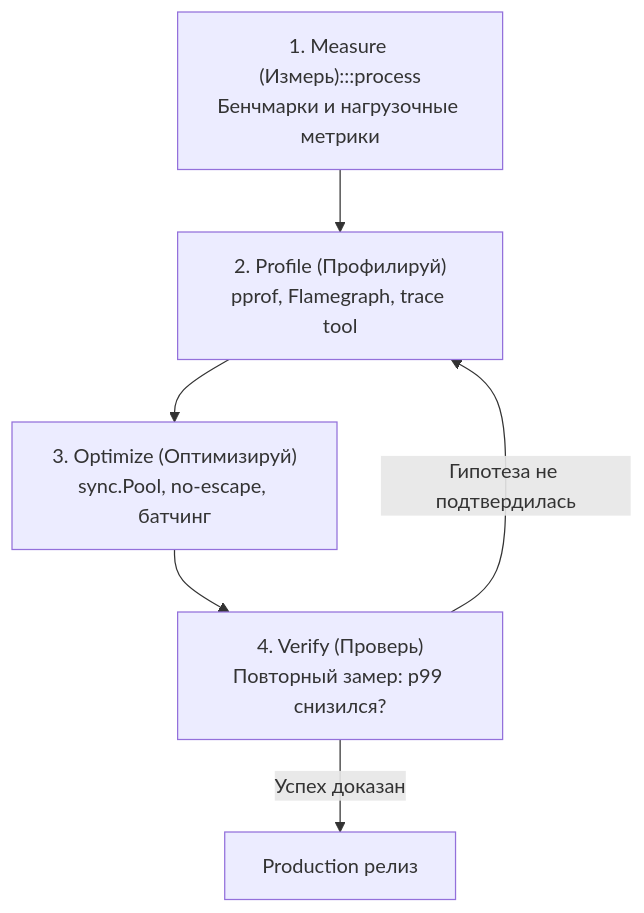
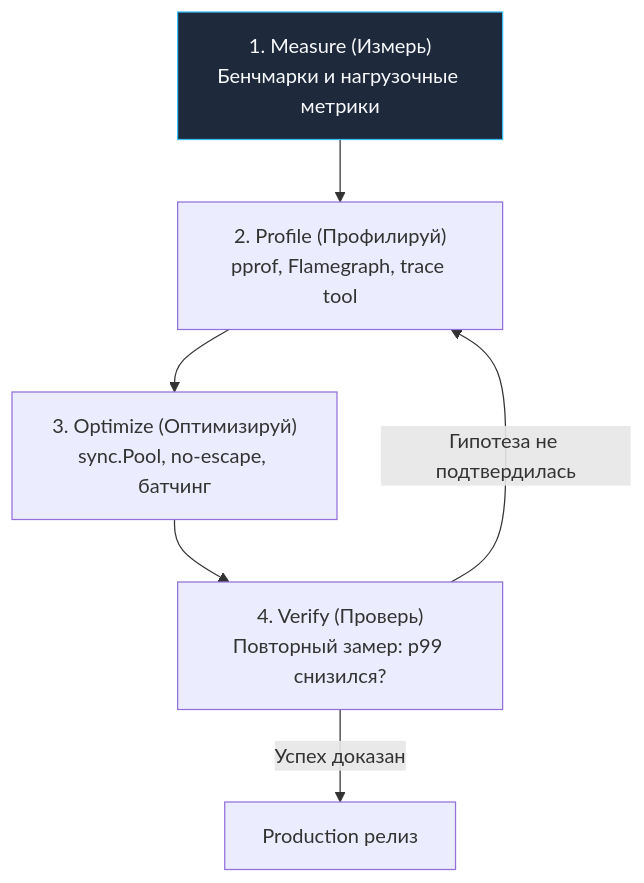
Before and after one commit to UnrealTemplier/go-textbook-ru: the third of 3 diagrams in sources/16. Профилирование, отладка и производительность/01. Фундамент/1. Обзор раздела. Как мыслить о производительности.md, drawn with Mermaid. The commit also changed 40 other files, not shown here.

First line of the commit message:
fix(mermaid): move :::class out of 48 quoted node labels

````diff
--- a/sources/16. Профилирование, отладка и производительность/01. Фундамент/1. Обзор раздела. Как мыслить о производительности.md
+++ b/sources/16. Профилирование, отладка и производительность/01. Фундамент/1. Обзор раздела. Как мыслить о производительности.md
@@ -173,18 +173,18 @@
 ```mermaid
 flowchart TD
     classDef process  fill:#1e293b,stroke:#38bdf8,stroke-width:1px,color:#f8fafc
     classDef success  fill:#064e3b,stroke:#34d399,stroke-width:1px,color:#f8fafc
     classDef error    fill:#7f1d1d,stroke:#f87171,stroke-width:1px,color:#f8fafc
     classDef warning  fill:#78350f,stroke:#fbbf24,stroke-width:1px,color:#f8fafc
     classDef entry    fill:#1e3a5f,stroke:#38bdf8,stroke-width:2px,color:#f8fafc
     classDef aux      fill:#334155,stroke:#64748b,stroke-width:1px,color:#f8fafc
     classDef system   fill:#312e81,stroke:#a78bfa,stroke-width:1px,color:#f8fafc
     classDef data     fill:#132d29,stroke:#2dd4bf,stroke-width:1px,color:#f8fafc
     classDef network  fill:#881337,stroke:#fb7185,stroke-width:1px,color:#f8fafc
     classDef accent   fill:#1e1b4b,stroke:#818cf8,stroke-width:1px,color:#f8fafc
-    M["1. Measure (Измерь):::process<br/>Бенчмарки и нагрузочные метрики"] --> P["2. Profile (Профилируй)<br/>pprof, Flamegraph, trace tool"]
+    M["1. Measure (Измерь)<br/>Бенчмарки и нагрузочные метрики"]:::process --> P["2. Profile (Профилируй)<br/>pprof, Flamegraph, trace tool"]
     P --> O["3. Optimize (Оптимизируй)<br/>sync.Pool, no-escape, батчинг"]
     O --> V["4. Verify (Проверь)<br/>Повторный замер: p99 снизился?"]
     V -->|Гипотеза не подтвердилась| P
     V -->|Успех доказан| Done["Production релиз"]
 ```
````
